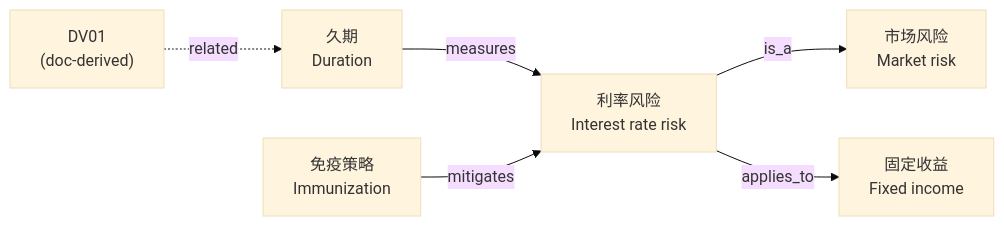
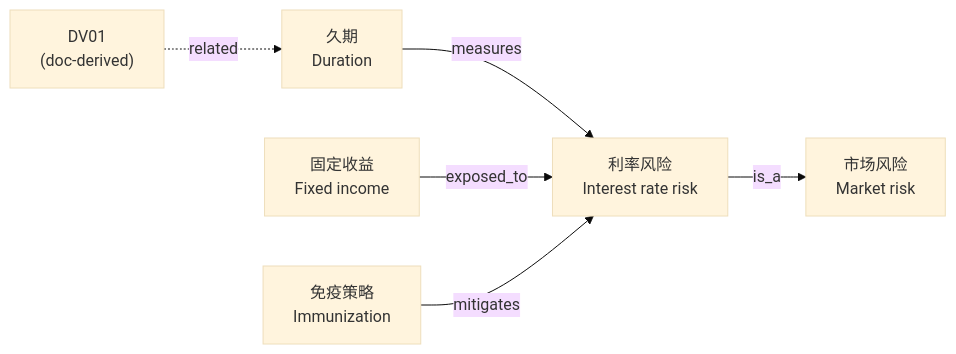
One commit to FoFxjc/kb-thinking changed the diagram in docs/03-concept-graph.md. Above: the diagram before and after it, drawn with Mermaid (base theme). The commit also changed other lines of this file and 27 other files, not shown here.

````diff
--- a/docs/03-concept-graph.md
+++ b/docs/03-concept-graph.md
@@ -11,15 +11,15 @@
 ```mermaid
 flowchart LR
   MR["市场风险<br/>Market risk"]
   IRR["利率风险<br/>Interest rate risk"]
   DUR["久期<br/>Duration"]
   FI["固定收益<br/>Fixed income"]
   IMM["免疫策略<br/>Immunization"]
   DV01["DV01<br/>(doc-derived)"]
 
   IRR -- is_a --> MR
   DUR -- measures --> IRR
-  IRR -- applies_to --> FI
+  FI -- exposed_to --> IRR
   IMM -- mitigates --> IRR
   DV01 -. related .-> DUR
 ```
````
